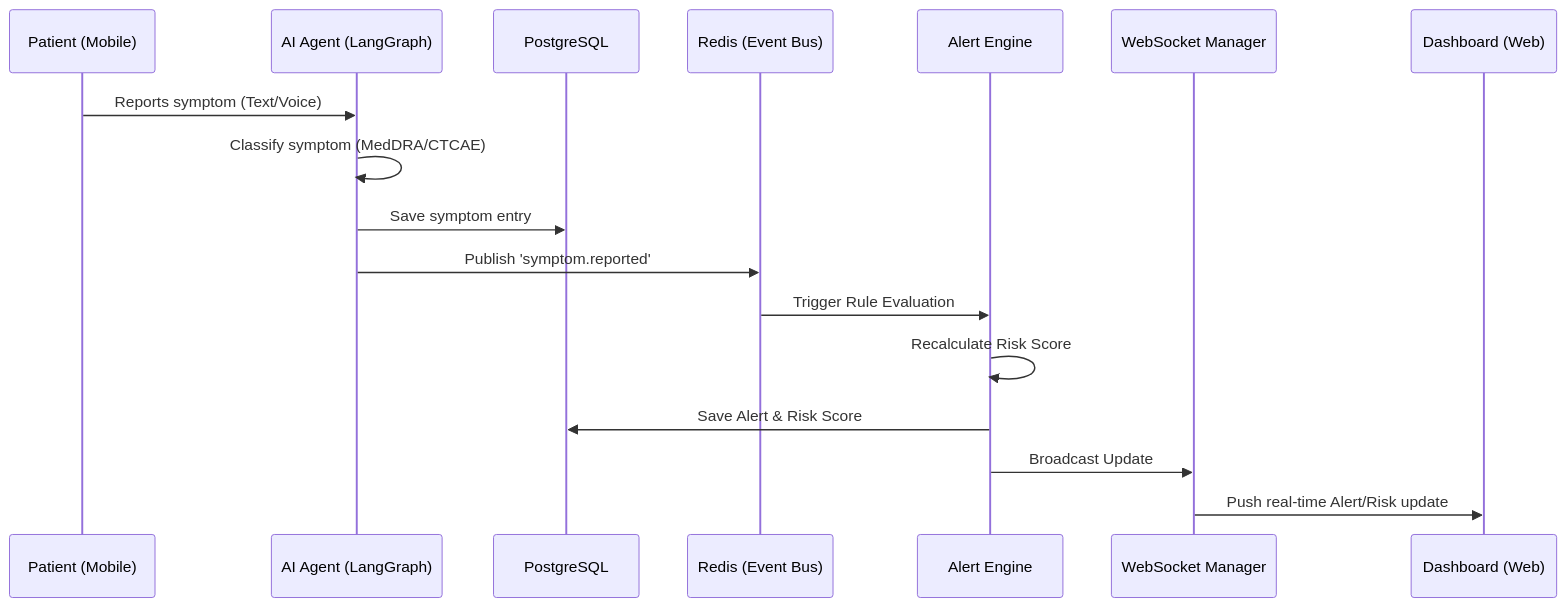
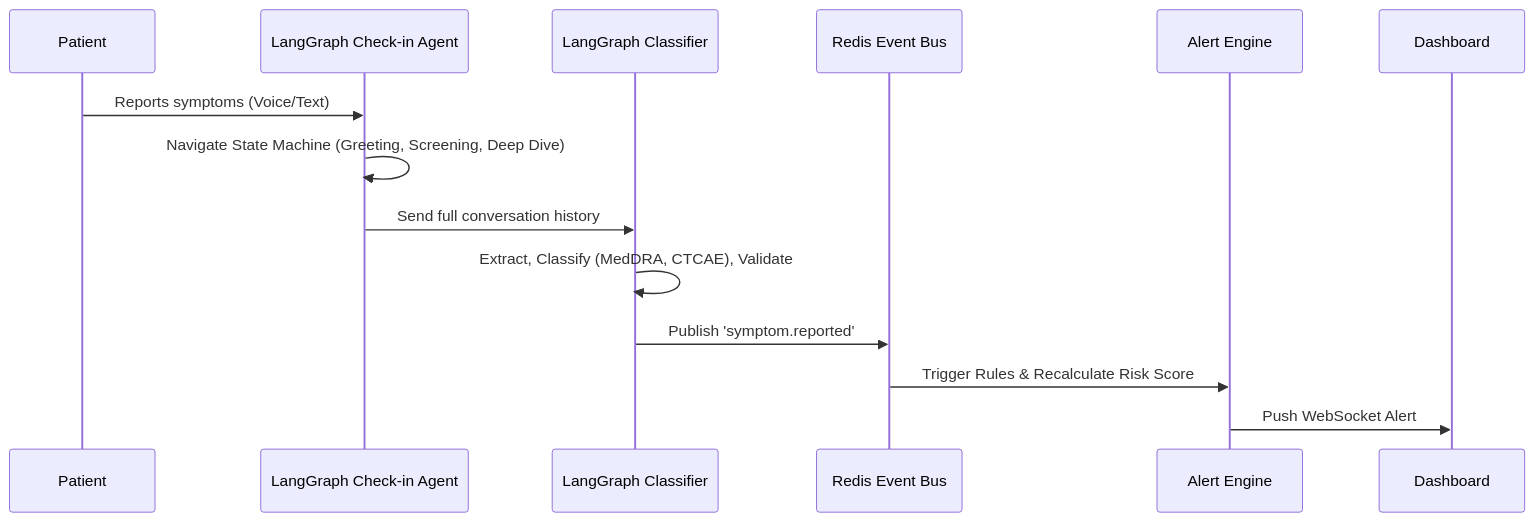
Before and after one commit to Harikeshav-R/Pulse: the second of 2 diagrams in README.md, drawn with Mermaid. The commit also changed other lines of this file, not shown here.

First line of the commit message:
docs: comprehensively update README with architecture and component details

````diff
--- a/README.md
+++ b/README.md
@@ -101,20 +99,17 @@
 ```mermaid
 sequenceDiagram
-    participant P as Patient (Mobile)
-    participant A as AI Agent (LangGraph)
-    participant DB as PostgreSQL
-    participant EB as Redis (Event Bus)
-    participant RE as Alert Engine
-    participant WS as WebSocket Manager
-    participant D as Dashboard (Web)
-
-    P->>A: Reports symptom (Text/Voice)
-    A->>A: Classify symptom (MedDRA/CTCAE)
-    A->>DB: Save symptom entry
-    A->>EB: Publish 'symptom.reported'
-    EB->>RE: Trigger Rule Evaluation
-    RE->>RE: Recalculate Risk Score
-    RE->>DB: Save Alert & Risk Score
-    RE->>WS: Broadcast Update
-    WS->>D: Push real-time Alert/Risk update
+    participant Patient
+    participant CheckinAgent as LangGraph Check-in Agent
+    participant Classifier as LangGraph Classifier
+    participant EventBus as Redis Event Bus
+    participant AlertEngine as Alert Engine
+    participant Dashboard
+    
+    Patient->>CheckinAgent: Reports symptoms (Voice/Text)
+    CheckinAgent->>CheckinAgent: Navigate State Machine (Greeting, Screening, Deep Dive)
+    CheckinAgent->>Classifier: Send full conversation history
+    Classifier->>Classifier: Extract, Classify (MedDRA, CTCAE), Validate
+    Classifier->>EventBus: Publish 'symptom.reported'
+    EventBus->>AlertEngine: Trigger Rules & Recalculate Risk Score
+    AlertEngine->>Dashboard: Push WebSocket Alert
 ```
````
